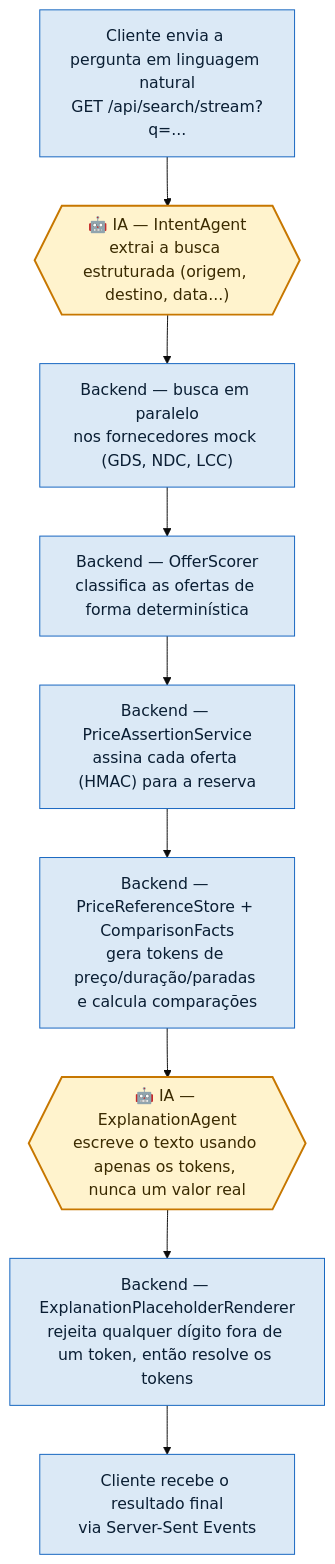
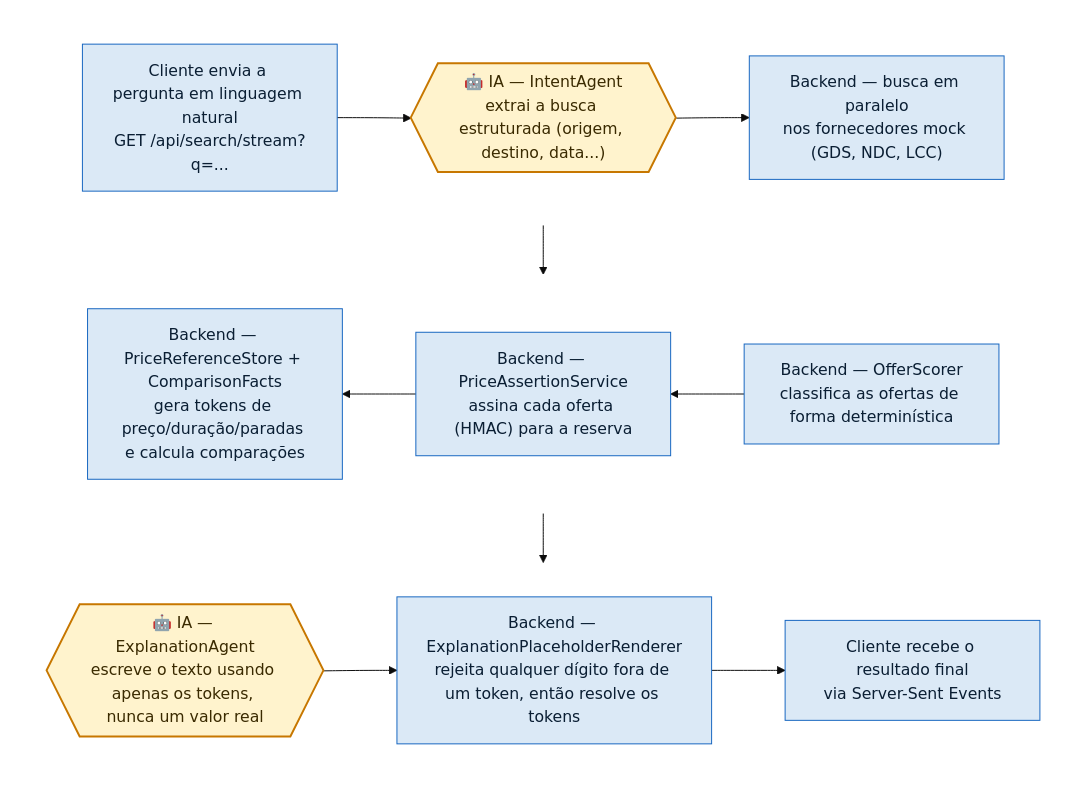
One commit to renanrgarcia/online-travel-agency changed the diagram in README.pt-BR.md. Above: the diagram before and after it, drawn with Mermaid (base theme). The commit also changed other lines of this file and 1 other file, not shown here.

Commit message:
docs: serpentine mermaid layout, per-language diagram labels, reframe as OTA's first module
- The search-flow diagram was a single straight vertical chain of 9 nodes,
  awkward to read top to bottom. Restructured into 3 rows of 3, alternating
  left-to-right / right-to-left (a snake layout) via per-row subgraphs with
  direction LR/RL, connected subgraph-to-subgraph rather than node-to-node --
  the latter made Mermaid collapse the whole thing back to one vertical
  column, confirmed by rendering both variants before picking this one.
- README.md's diagram now has English labels instead of Portuguese; each
  README's diagram matches its own language, so neither needs a note
  explaining why the labels are in a different language than the surrounding
  text.
- Retitled both READMEs "Online Travel Agency" (the repo's actual name) with
  FlightAi introduced as its first module -- the flight search and booking
  system that exists today, not the name of the eventual larger solution.

````diff
--- a/README.pt-BR.md
+++ b/README.pt-BR.md
@@ -24,19 +26,25 @@
 ```mermaid
 flowchart TD
-    A["Cliente envia a pergunta em linguagem natural\nGET /api/search/stream?q=..."]
-    B{{"🤖 IA — IntentAgent\nextrai a busca estruturada (origem, destino, data...)"}}
-    C["Backend — busca em paralelo\nnos fornecedores mock (GDS, NDC, LCC)"]
-    D["Backend — OfferScorer\nclassifica as ofertas de forma determinística"]
-    E["Backend — PriceAssertionService\nassina cada oferta (HMAC) para a reserva"]
-    F["Backend — PriceReferenceStore + ComparisonFacts\ngera tokens de preço/duração/paradas e calcula comparações"]
-    G{{"🤖 IA — ExplanationAgent\nescreve o texto usando apenas os tokens, nunca um valor real"}}
-    H["Backend — ExplanationPlaceholderRenderer\nrejeita qualquer dígito fora de um token, então resolve os tokens"]
-    I["Cliente recebe o resultado final\nvia Server-Sent Events"]
+    subgraph Row1[" "]
+        direction LR
+        A["Cliente envia a pergunta em linguagem natural\nGET /api/search/stream?q=..."] --> B{{"🤖 IA — IntentAgent\nextrai a busca estruturada (origem, destino, data...)"}} --> C["Backend — busca em paralelo\nnos fornecedores mock (GDS, NDC, LCC)"]
+    end
+    subgraph Row2[" "]
+        direction RL
+        D["Backend — OfferScorer\nclassifica as ofertas de forma determinística"] --> E["Backend — PriceAssertionService\nassina cada oferta (HMAC) para a reserva"] --> F["Backend — PriceReferenceStore + ComparisonFacts\ngera tokens de preço/duração/paradas e calcula comparações"]
+    end
+    subgraph Row3[" "]
+        direction LR
+        G{{"🤖 IA — ExplanationAgent\nescreve o texto usando apenas os tokens, nunca um valor real"}} --> H["Backend — ExplanationPlaceholderRenderer\nrejeita qualquer dígito fora de um token, então resolve os tokens"] --> I["Cliente recebe o resultado final\nvia Server-Sent Events"]
+    end
 
-    A --> B --> C --> D --> E --> F --> G --> H --> I
+    Row1 --> Row2 --> Row3
 
     classDef ai fill:#fff3cd,stroke:#c77700,color:#3a2a00,stroke-width:2px;
     classDef backend fill:#dbe9f6,stroke:#1565c0,color:#0a1e33;
     class B,G ai;
     class A,C,D,E,F,H,I backend;
+    style Row1 fill:none,stroke:none
+    style Row2 fill:none,stroke:none
+    style Row3 fill:none,stroke:none
 ```
````
